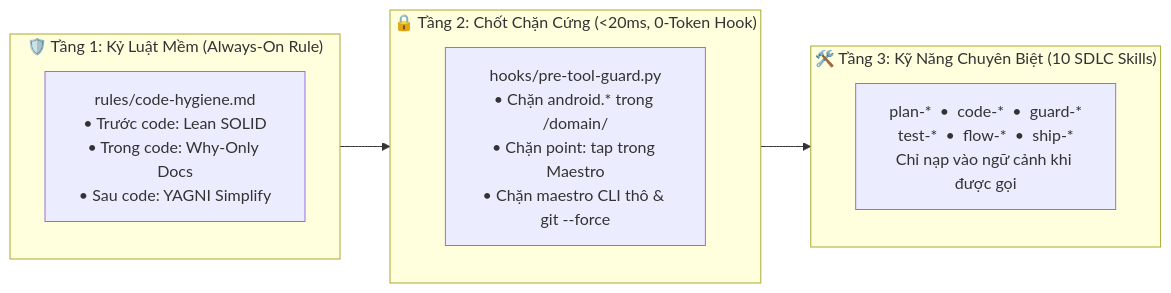
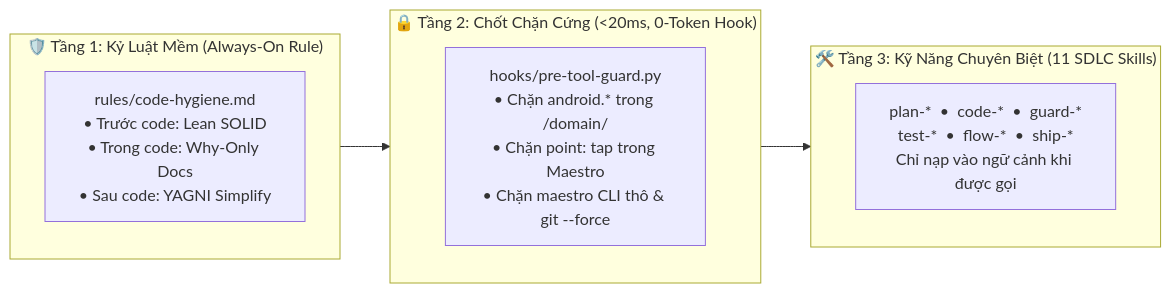
One commit to yukido0205/android-agentic-sdlc changed the first of 4 diagrams in README_VI.md. Above: the diagram before and after it, drawn with Mermaid. The commit also changed other lines of this file and 1 other file, not shown here.

Commit message:
docs: document flow-queue multi-agent orchestrator in README guides

````diff
--- a/README_VI.md
+++ b/README_VI.md
@@ -38,16 +38,16 @@
 ```mermaid
 flowchart LR
     subgraph L1["🛡️ Tầng 1: Kỷ Luật Mềm (Always-On Rule)"]
         R["rules/code-hygiene.md<br/>• Trước code: Lean SOLID<br/>• Trong code: Why-Only Docs<br/>• Sau code: YAGNI Simplify"]
     end
 
     subgraph L2["🔒 Tầng 2: Chốt Chặn Cứng (<20ms, 0-Token Hook)"]
         H["hooks/pre-tool-guard.py<br/>• Chặn android.* trong /domain/<br/>• Chặn point: tap trong Maestro<br/>• Chặn maestro CLI thô & git --force"]
     end
 
-    subgraph L3["🛠️ Tầng 3: Kỹ Năng Chuyên Biệt (10 SDLC Skills)"]
+    subgraph L3["🛠️ Tầng 3: Kỹ Năng Chuyên Biệt (11 SDLC Skills)"]
         S["plan-*  •  code-*  •  guard-*<br/>test-*  •  flow-*  •  ship-*<br/>Chỉ nạp vào ngữ cảnh khi được gọi"]
     end
 
     L1 --> L2 --> L3
 ```
````
